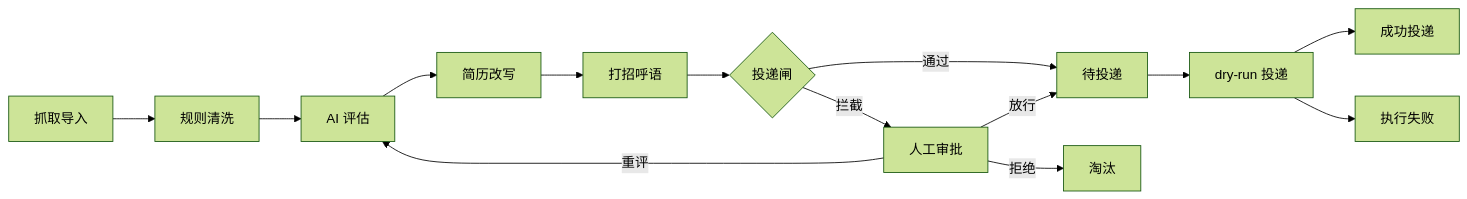
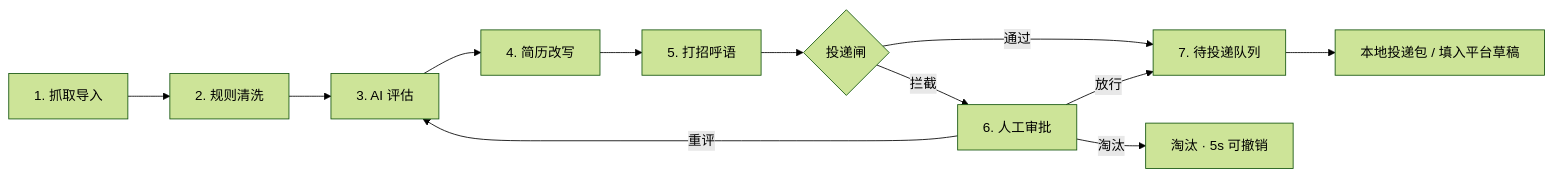
The second of 4 diagrams in README.md (hankwang712/Career-Planning), drawn with Mermaid (forest theme) before and after one commit. The commit also changed other lines of this file and 71 other files, not shown here.

````diff
--- a/README.md
+++ b/README.md
@@ -30,13 +72,11 @@
 ```mermaid
 flowchart LR
-    A[抓取导入] --> B[规则清洗] --> C[AI 评估] --> D[简历改写] --> E[打招呼语]
+    A[1. 抓取导入] --> B[2. 规则清洗] --> C[3. AI 评估] --> D[4. 简历改写] --> E[5. 打招呼语]
     E --> F{投递闸}
-    F -->|通过| G[待投递]
-    F -->|拦截| H[人工审批]
-    H -->|拒绝| X[淘汰]
+    F -->|通过| G[7. 待投递队列]
+    F -->|拦截| H[6. 人工审批]
+    H -->|放行| G
     H -->|重评| C
-    H -->|放行| G
-    G --> I[dry-run 投递]
-    I --> J[成功投递]
-    I --> K[执行失败]
+    H -->|淘汰| X[淘汰 · 5s 可撤销]
+    G --> I[本地投递包 / 填入平台草稿]
 ```
````
